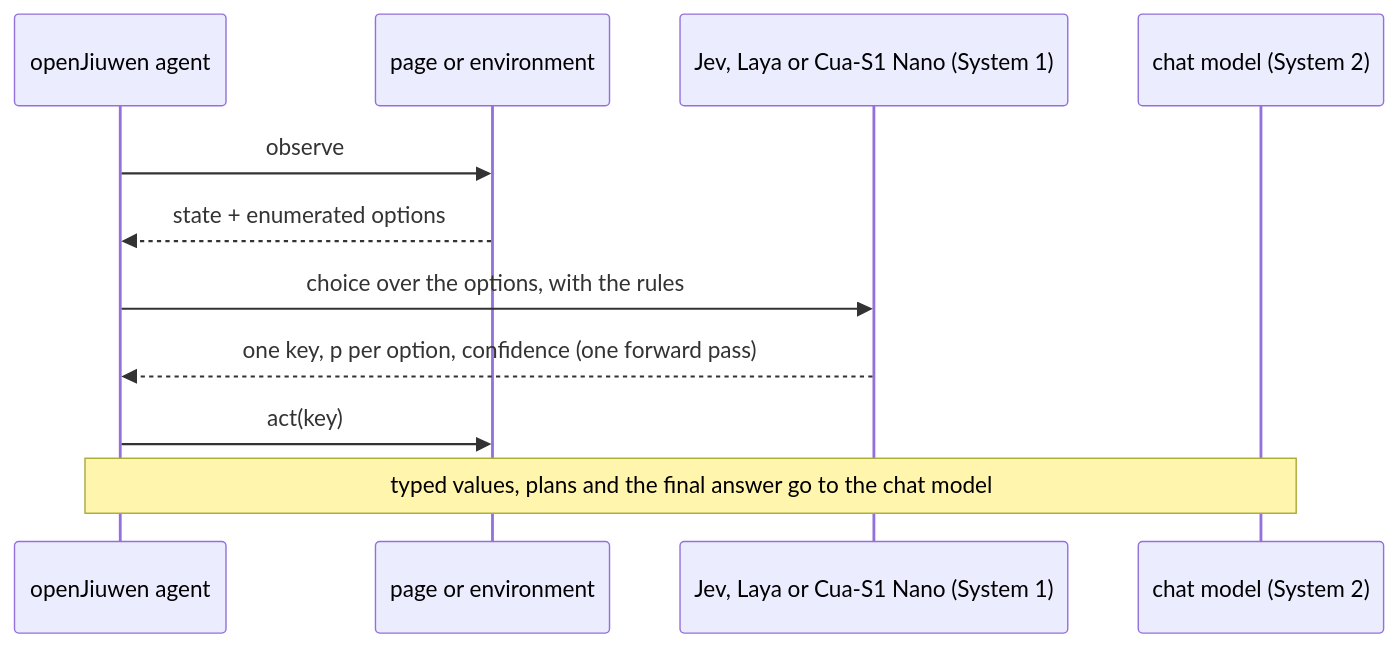
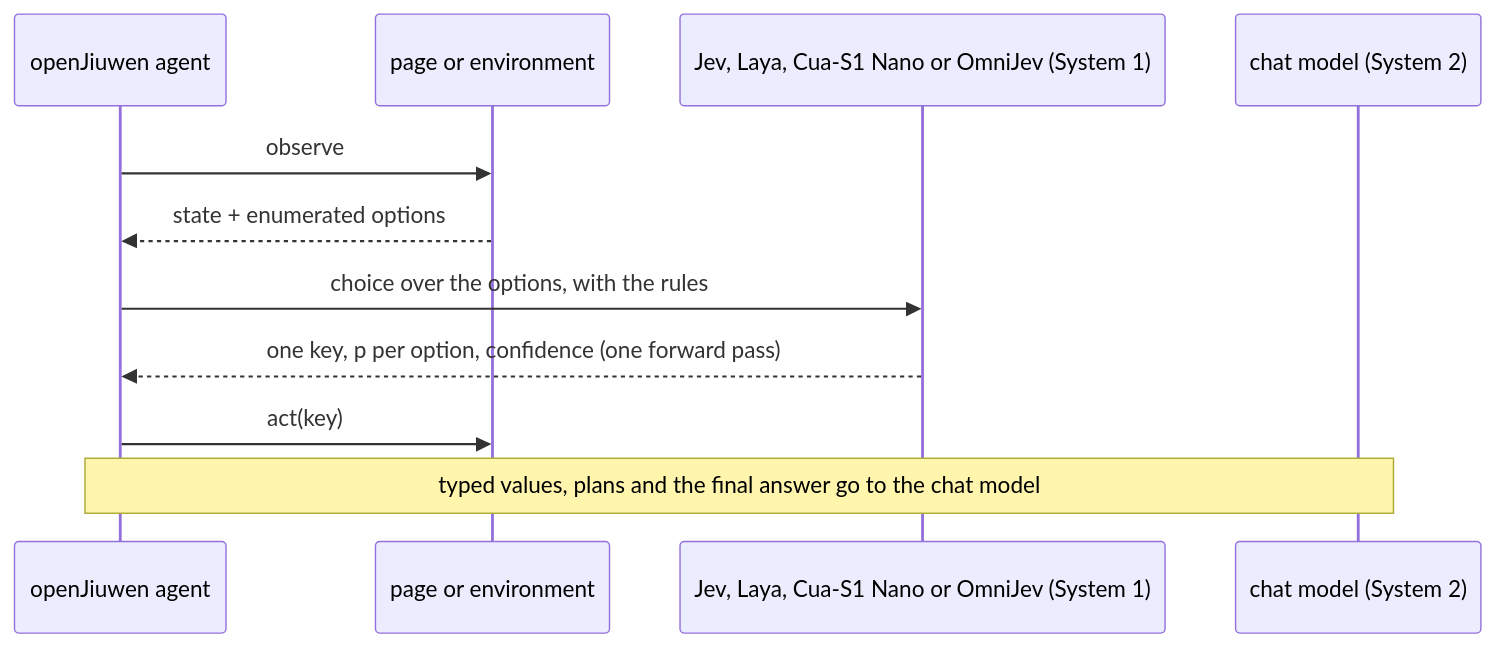
Before and after one commit to GoDiao/system1-agents: the diagram in docs/architecture.md, drawn with Mermaid. The commit also changed other lines of this file and 82 other files, not shown here.

First line of the commit message:
Add every OmniJev Flights run as evidence; list omnijev in the docs

````diff
--- a/docs/architecture.md
+++ b/docs/architecture.md
@@ -11,13 +11,13 @@
 ```mermaid
 sequenceDiagram
     participant A as openJiuwen agent
     participant E as page or environment
-    participant S1 as Jev, Laya or Cua-S1 Nano (System 1)
+    participant S1 as Jev, Laya, Cua-S1 Nano or OmniJev (System 1)
     participant C as chat model (System 2)
     A->>E: observe
     E-->>A: state + enumerated options
     A->>S1: choice over the options, with the rules
     S1-->>A: one key, p per option, confidence (one forward pass)
     A->>E: act(key)
     Note over A,C: typed values, plans and the final answer go to the chat model
 ```
````
